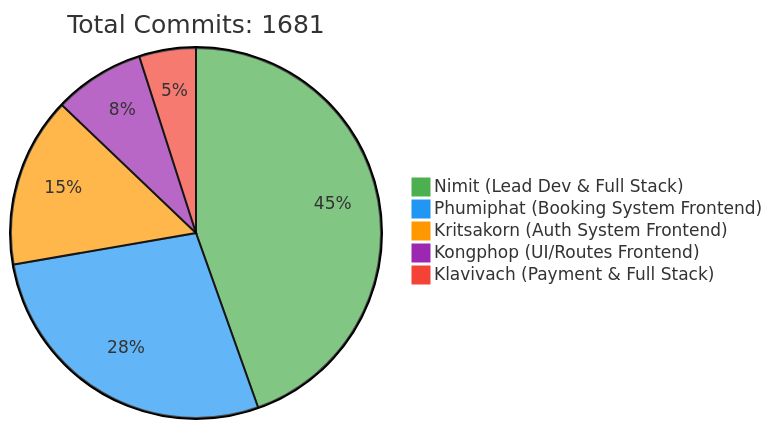
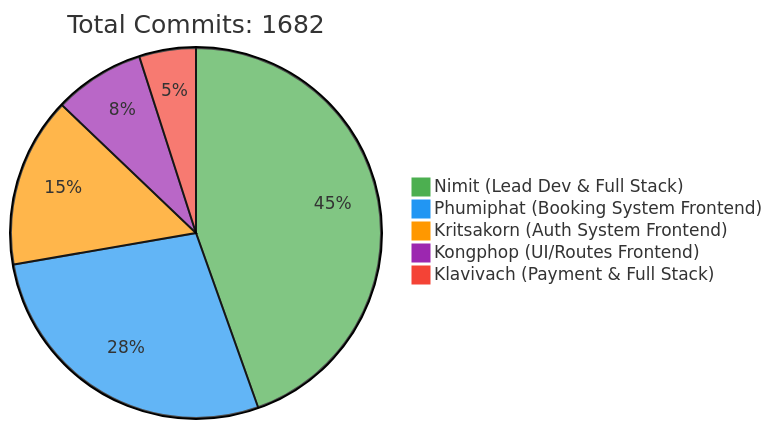
Before and after one commit to 6531503042/Sport-Complex: the first of 2 diagrams in README.md, drawn with Mermaid. The commit also changed other lines of this file, not shown here.

Commit message:
docs: Update contributor statistics [skip ci]

````diff
--- a/README.md
+++ b/README.md
@@ -257,10 +257,10 @@
 ```mermaid
 %%{init: {'theme': 'base', 'themeVariables': { 'pie1': '#4CAF50', 'pie2': '#2196F3', 'pie3': '#FF9800', 'pie4': '#9C27B0', 'pie5': '#F44336'}}}%%
 pie
-    title Total Commits: 1681
+    title Total Commits: 1682
     "Nimit (Lead Dev & Full Stack)" : 450
     "Phumiphat (Booking System Frontend)" : 280
     "Kritsakorn (Auth System Frontend)" : 150
     "Kongphop (UI/Routes Frontend)" : 80
     "Klavivach (Payment & Full Stack)" : 50
 ```
````
